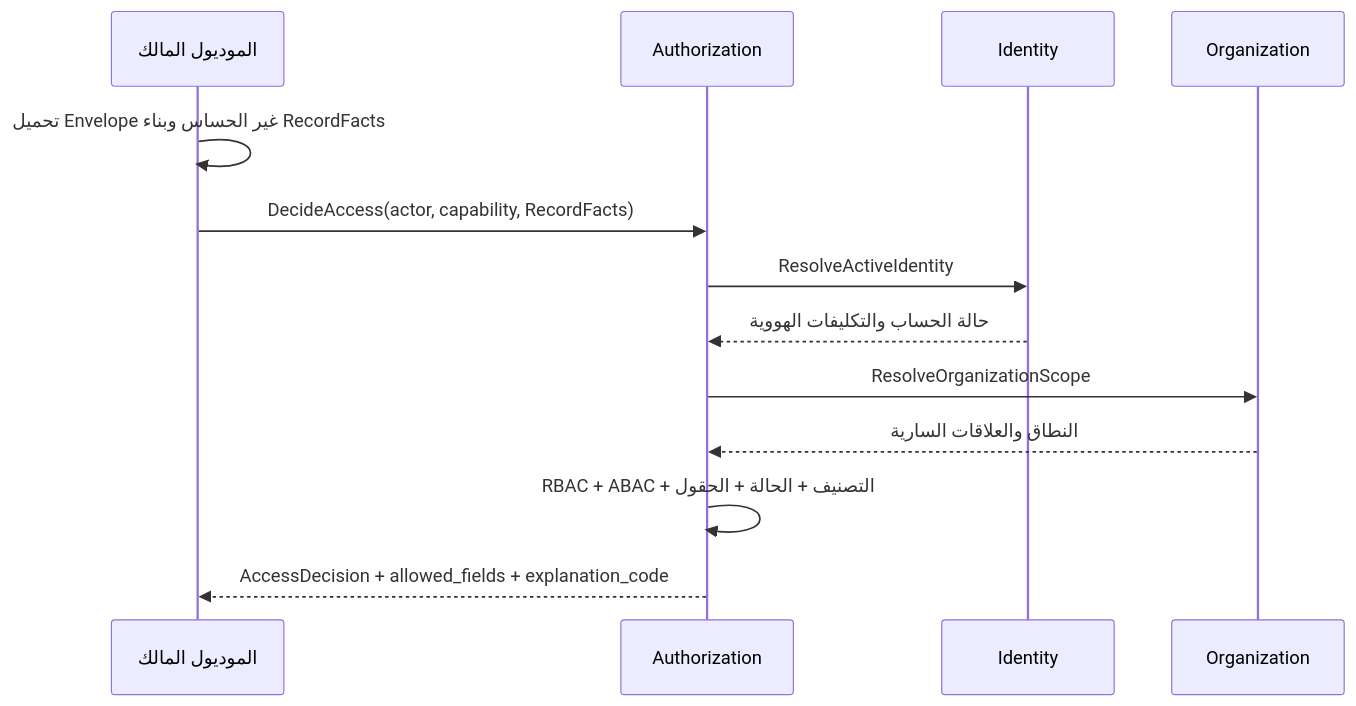
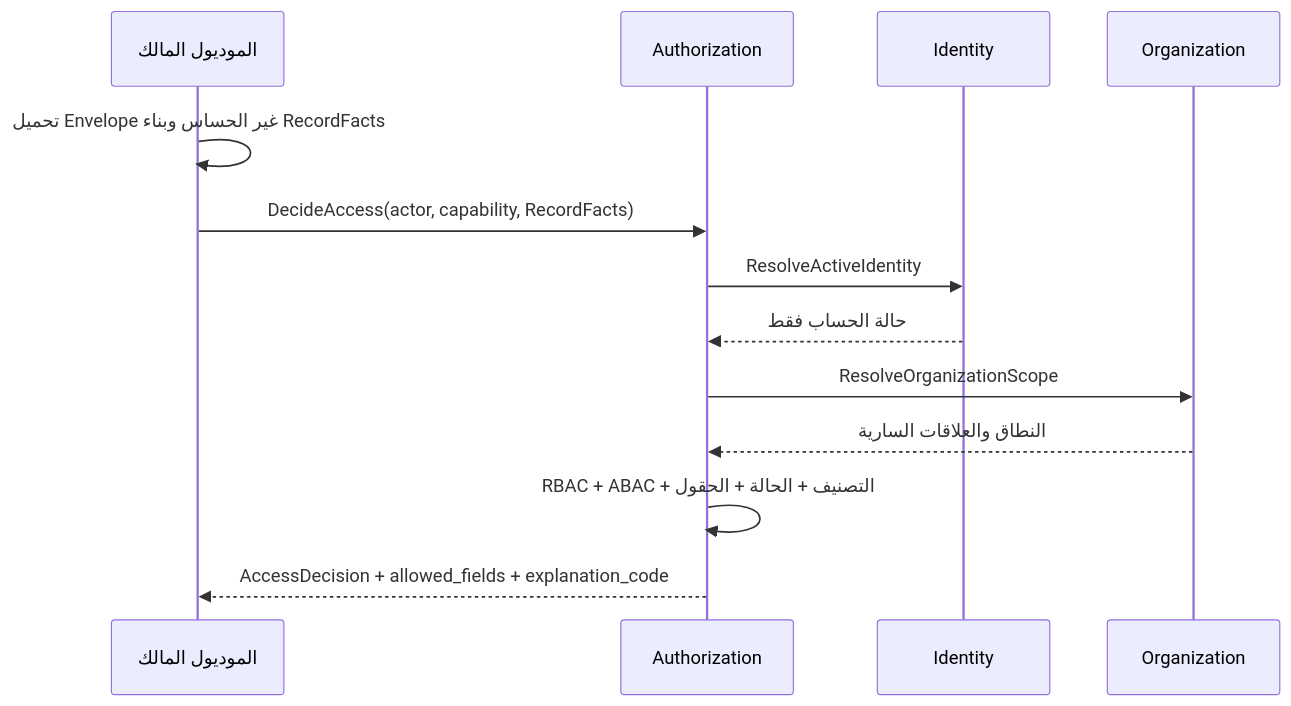
The second of 4 diagrams in docs/architecture/context-map.md (tariiq222/cluster), drawn with Mermaid before and after one commit. The commit also changed other lines of this file and 26 other files, not shown here.

````diff
--- a/docs/architecture/context-map.md
+++ b/docs/architecture/context-map.md
@@ -276,16 +278,16 @@
 ```mermaid
 sequenceDiagram
     participant Caller as الموديول المالك
     participant Auth as Authorization
     participant Identity as Identity
     participant Org as Organization
 
     Caller->>Caller: تحميل Envelope غير الحساس وبناء RecordFacts
     Caller->>Auth: DecideAccess(actor, capability, RecordFacts)
     Auth->>Identity: ResolveActiveIdentity
-    Identity-->>Auth: حالة الحساب والتكليفات الهووية
+    Identity-->>Auth: حالة الحساب فقط
     Auth->>Org: ResolveOrganizationScope
     Org-->>Auth: النطاق والعلاقات السارية
     Auth->>Auth: RBAC + ABAC + التصنيف + الحالة + الحقول
     Auth-->>Caller: AccessDecision + allowed_fields + explanation_code
 ```
````
